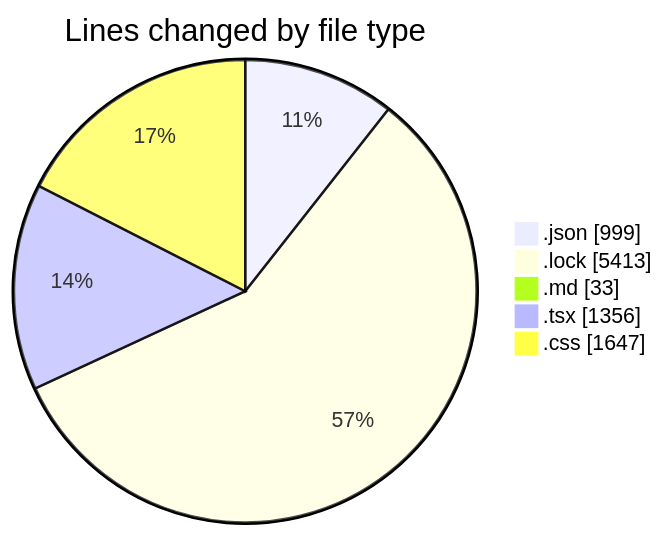
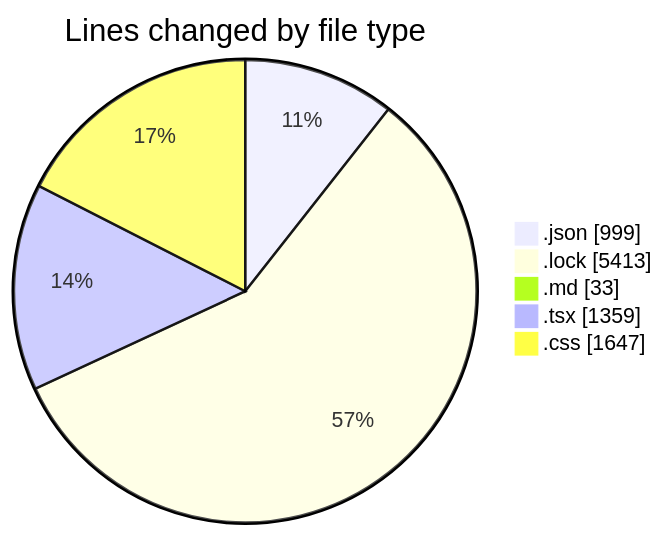
Before and after one commit to EIIisD/code-tracking: the first of 2 diagrams in 2025-08-11/ribbon/README.md, drawn with Mermaid. The commit also changed other lines of this file and 1 other file, not shown here.

````diff
--- a/2025-08-11/ribbon/README.md
+++ b/2025-08-11/ribbon/README.md
@@ -40,9 +40,9 @@
 ```mermaid
 pie showData
 title Lines changed by file type
 ".json" : 999
 ".lock" : 5413
 ".md" : 33
-".tsx" : 1356
+".tsx" : 1359
 ".css" : 1647
 ```
````
